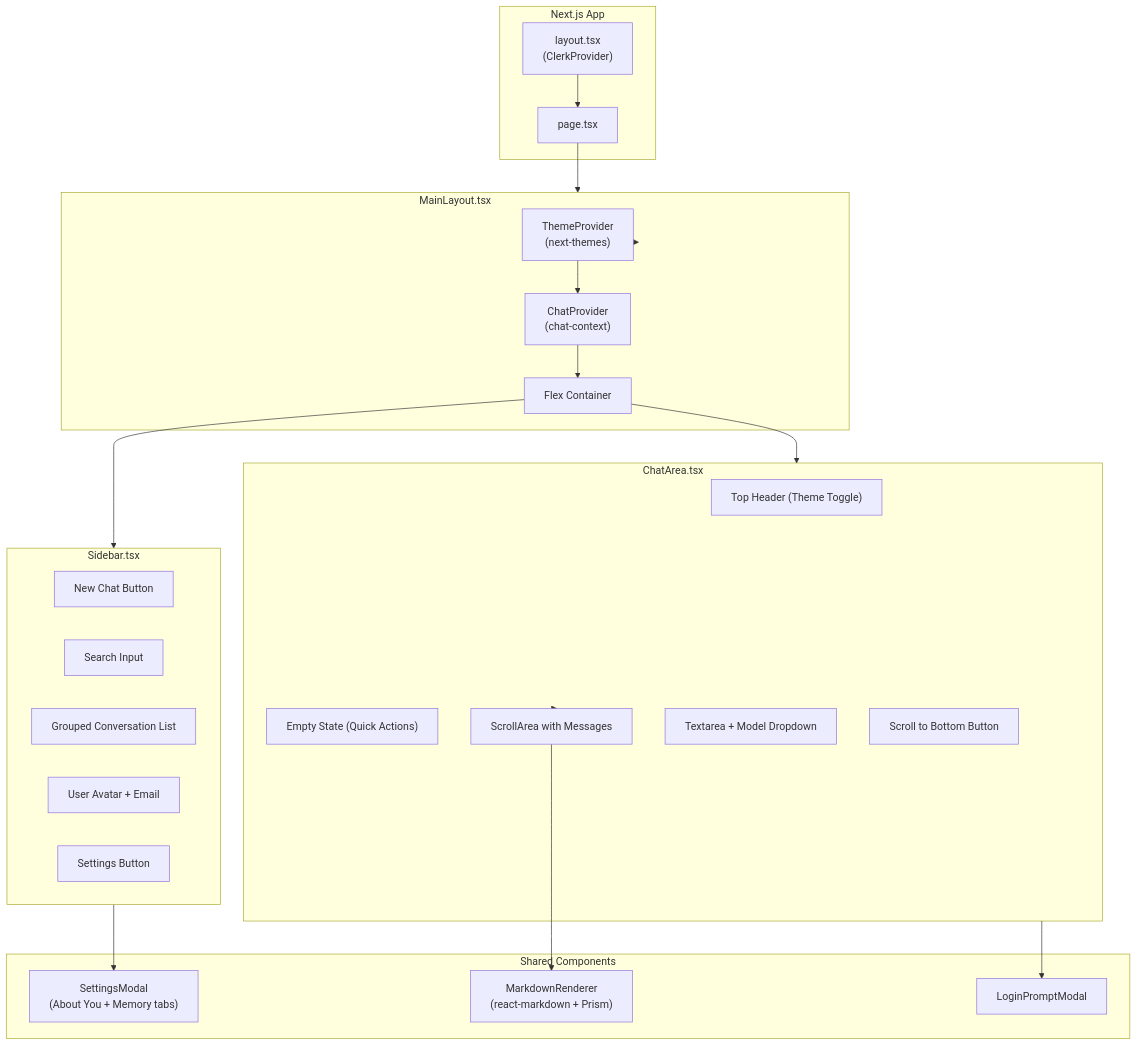
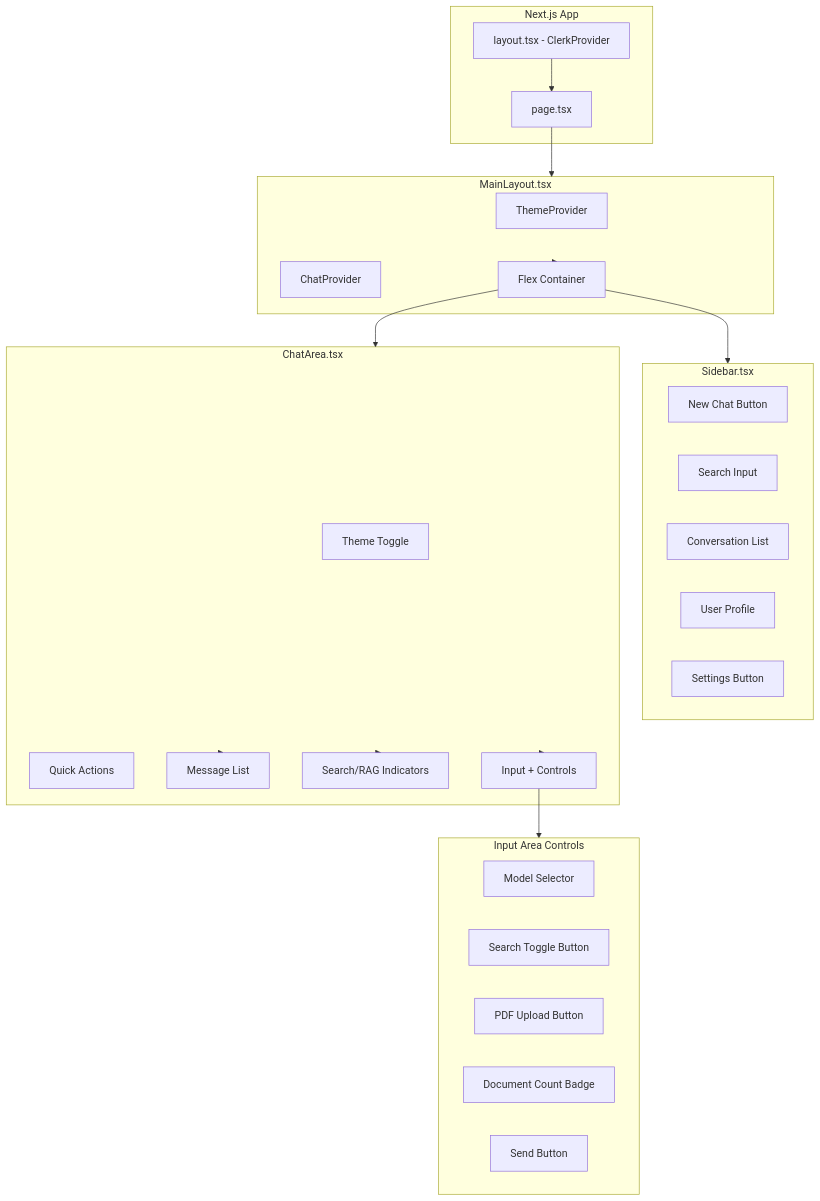
One commit to Aafimalek/t3_chat changed the sixth of 8 diagrams in README.md. Above: the diagram before and after it, drawn with Mermaid. The commit also changed other lines of this file, not shown here.

````diff
--- a/README.md
+++ b/README.md
@@ -352,44 +610,47 @@
 ```mermaid
 graph TD
     subgraph App["Next.js App"]
-        Layout["layout.tsx<br/>(ClerkProvider)"]
+        Layout["layout.tsx - ClerkProvider"]
         Page["page.tsx"]
     end
 
     subgraph MainLayout["MainLayout.tsx"]
-        ThemeProvider["ThemeProvider<br/>(next-themes)"]
-        ChatProvider["ChatProvider<br/>(chat-context)"]
+        ThemeProvider["ThemeProvider"]
+        ChatProvider["ChatProvider"]
         Shell["Flex Container"]
     end
 
     subgraph Sidebar["Sidebar.tsx"]
         NewChatBtn["New Chat Button"]
         SearchInput["Search Input"]
-        ConvoList["Grouped Conversation List"]
-        UserProfile["User Avatar + Email"]
+        ConvoList["Conversation List"]
+        UserProfile["User Profile"]
         SettingsBtn["Settings Button"]
     end
 
     subgraph ChatArea["ChatArea.tsx"]
-        Header["Top Header (Theme Toggle)"]
-        EmptyState["Empty State (Quick Actions)"]
-        MessageList["ScrollArea with Messages"]
-        InputArea["Textarea + Model Dropdown"]
-        ScrollBtn["Scroll to Bottom Button"]
+        Header["Theme Toggle"]
+        EmptyState["Quick Actions"]
+        MessageList["Message List"]
+        ToolIndicators["Search/RAG Indicators"]
+        InputArea["Input + Controls"]
     end
 
-    subgraph Shared["Shared Components"]
-        MarkdownRenderer["MarkdownRenderer<br/>(react-markdown + Prism)"]
-        SettingsModal["SettingsModal<br/>(About You + Memory tabs)"]
-        LoginModal["LoginPromptModal"]
+    subgraph InputControls["Input Area Controls"]
+        ModelDropdown["Model Selector"]
+        SearchToggle["Search Toggle Button"]
+        UploadButton["PDF Upload Button"]
+        DocBadge["Document Count Badge"]
+        SendButton["Send Button"]
     end
 
     Layout --> Page
     Page --> MainLayout
-    MainLayout --> ThemeProvider --> ChatProvider --> Shell
+    MainLayout --> Shell
     Shell --> Sidebar
     Shell --> ChatArea
-    ChatArea --> MessageList --> MarkdownRenderer
-    Sidebar --> SettingsModal
-    ChatArea --> LoginModal
+    ChatArea --> MessageList
+    ChatArea --> ToolIndicators
+    ChatArea --> InputArea
+    InputArea --> InputControls
 ```
````
